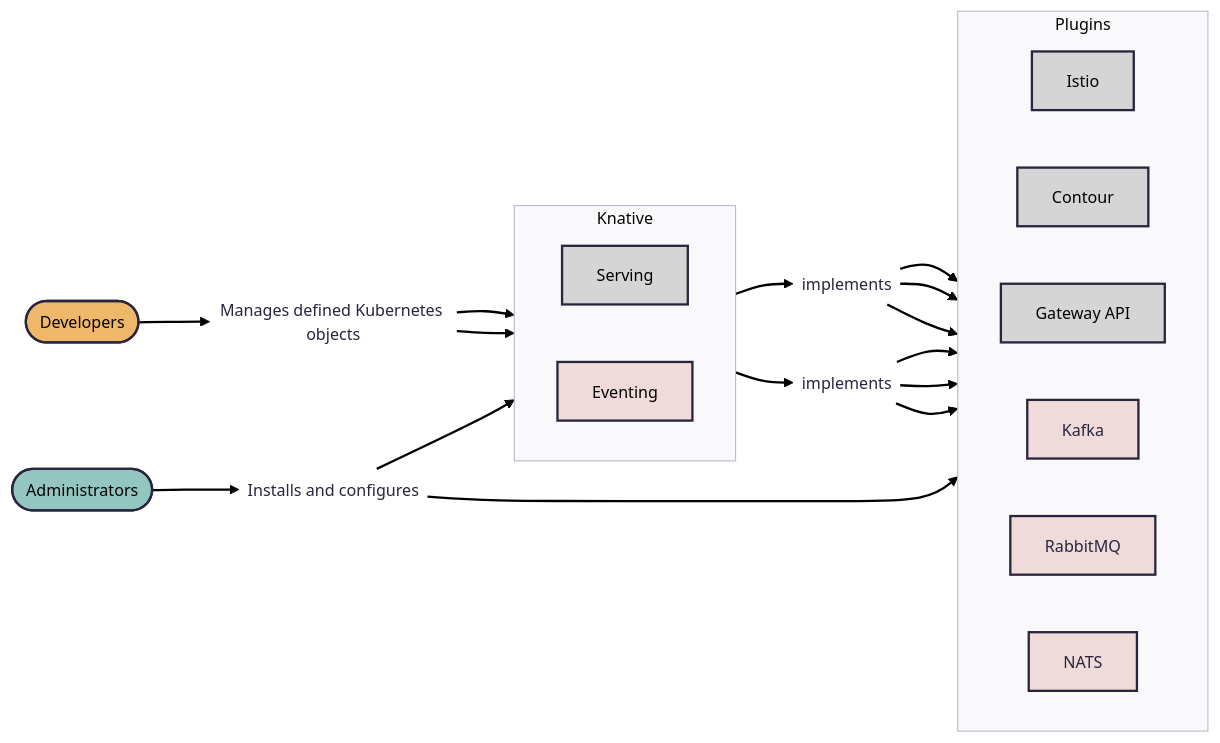
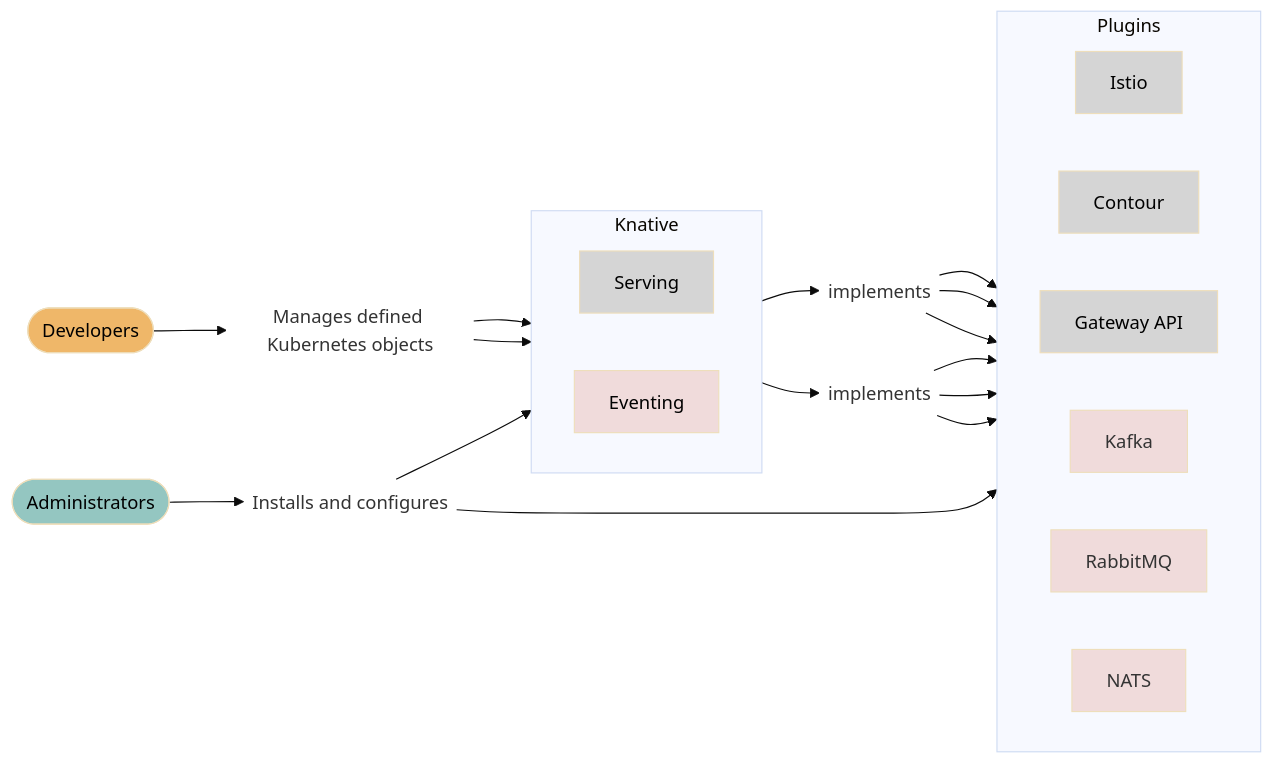
Before and after one commit to knative/docs: the diagram in docs/versioned/admin/admin-overview.md, drawn with Mermaid.

Commit message:
Update admin-overview.md
Mermaid testing

````diff
--- a/docs/versioned/admin/admin-overview.md
+++ b/docs/versioned/admin/admin-overview.md
@@ -12,46 +12,45 @@
 ```mermaid
 ---
 config:
-  theme: redux
+  theme: base
   layout: dagre
   look: classic
 ---
 flowchart LR
  subgraph Knative["Knative"]
     direction LR
         Serving["Serving"]
         Eventing["Eventing"]
   end
  subgraph Plugins["Plugins"]
     direction LR
         net-istio["Istio"]
         net-contour["Contour"]
         net-gateway-api["Gateway API"]
         event-kafka["Kafka"]
         event-rabbitmq["RabbitMQ"]
         event-nats["NATS"]
   end
     Dev(["Developers"]) --> dev-acts["Manages defined Kubernetes objects"]
     dev-acts --> Serving & Eventing
     Admin(["Administrators"]) --> admin-acts["Installs and configures"]
     admin-acts --> Knative & Plugins
     Serving --> net-impl["implements"]
     net-impl --> net-istio & net-contour & net-gateway-api
     Eventing --> event-impl["implements"]
     event-impl --> event-kafka & event-rabbitmq & event-nats
     dev-acts@{ shape: text}
     admin-acts@{ shape: text}
     net-impl@{ shape: text}
     event-impl@{ shape: text}
     style Serving fill:#D5D5D5,color:#000000
     style Eventing fill:#F0DBDB,color:#000000
     style net-istio fill:#D5D5D5,color:#000000
     style net-contour fill:#D5D5D5,color:#000000
     style net-gateway-api fill:#D5D5D5,color:#000000
     style event-kafka fill:#F0DBDB
     style event-rabbitmq fill:#F0DBDB
     style event-nats fill:#F0DBDB
     style Dev fill:#EFB769,color:#000000
     style Admin fill:#94C6C1,color:#000000
-
 ```
````
